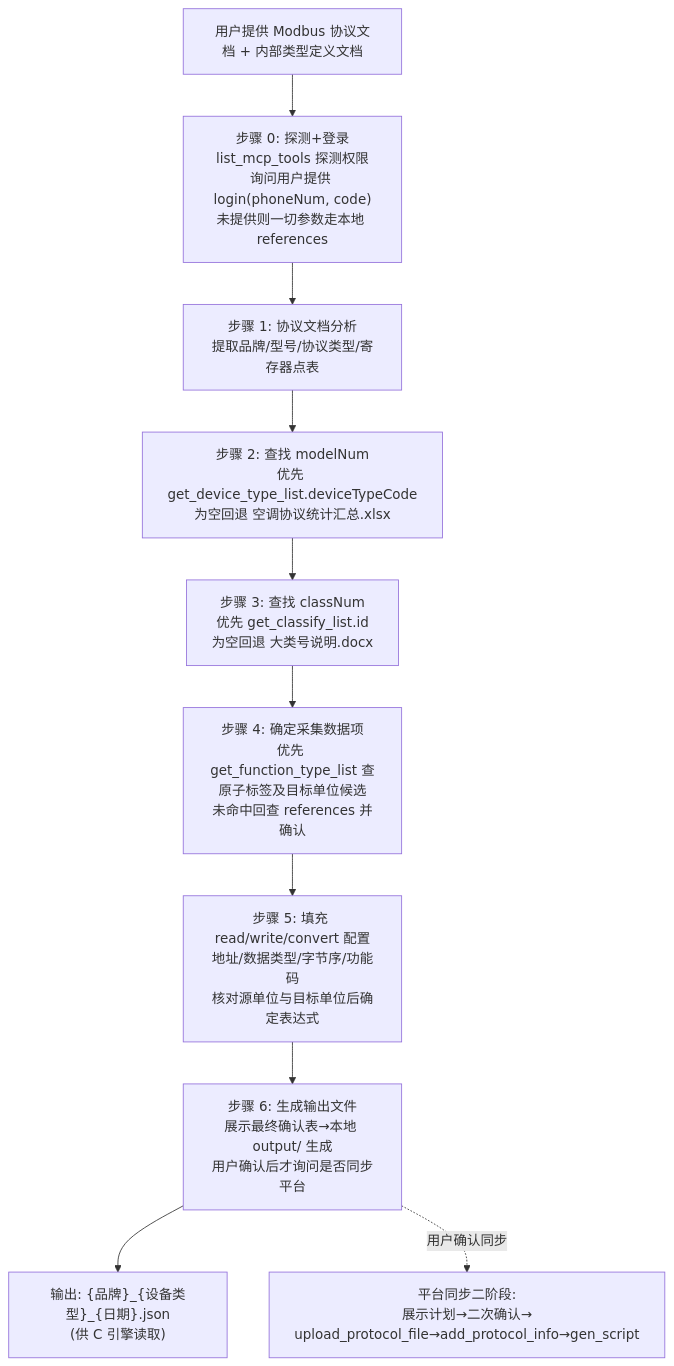
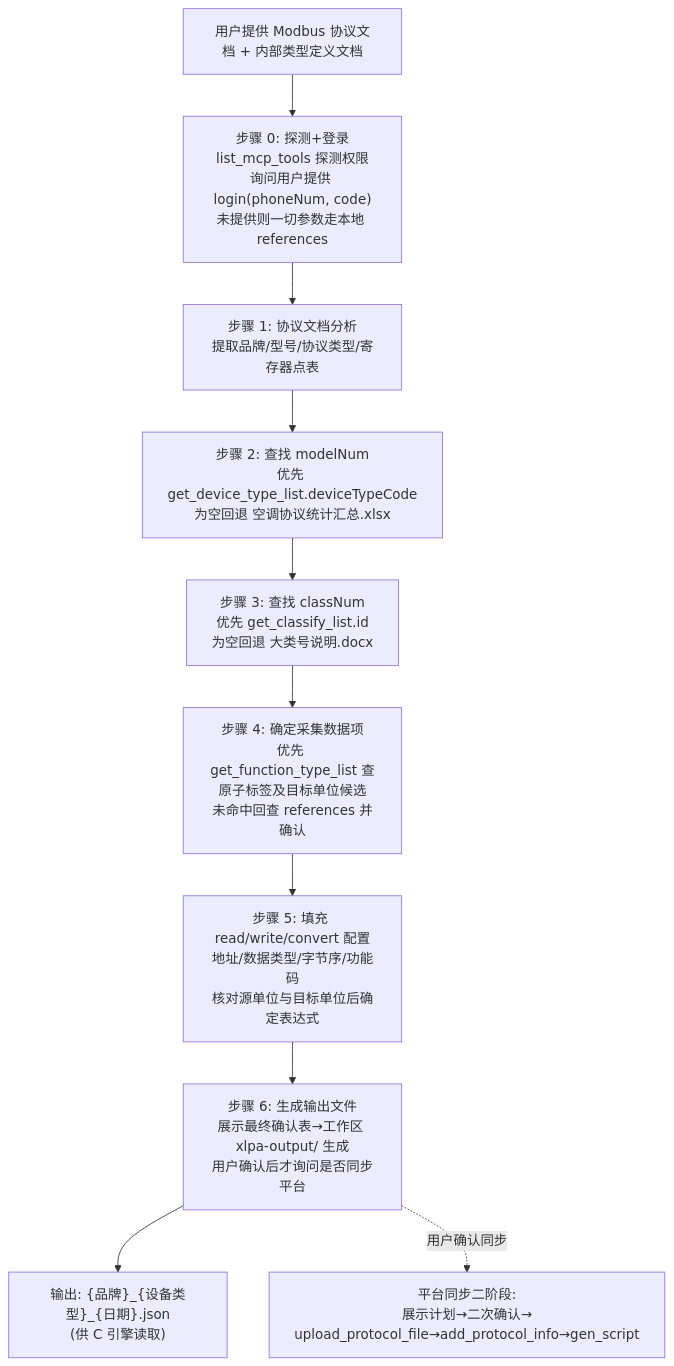
Before and after one commit to rookie-wind/web_ai: the diagram in agent_assets/skills/modbus-conversion/SKILL.md, drawn with Mermaid. The commit also changed other lines of this file and 524 other files, not shown here.

````diff
--- a/agent_assets/skills/modbus-conversion/SKILL.md
+++ b/agent_assets/skills/modbus-conversion/SKILL.md
@@ -127,17 +126,17 @@
 ```mermaid
 flowchart TD
     START["用户提供 Modbus 协议文档 + 内部类型定义文档"]
     S0["步骤 0: 探测+登录\nlist_mcp_tools 探测权限\n询问用户提供 login(phoneNum, code)\n未提供则一切参数走本地 references"]
 
     S1["步骤 1: 协议文档分析\n提取品牌/型号/协议类型/寄存器点表"]
     S2["步骤 2: 查找 modelNum\n优先 get_device_type_list.deviceTypeCode\n为空回退 空调协议统计汇总.xlsx"]
     S3["步骤 3: 查找 classNum\n优先 get_classify_list.id\n为空回退 大类号说明.docx"]
     S4["步骤 4: 确定采集数据项\n优先 get_function_type_list 查原子标签及目标单位候选\n未命中回查 references 并确认"]
     S5["步骤 5: 填充 read/write/convert 配置\n地址/数据类型/字节序/功能码\n核对源单位与目标单位后确定表达式"]
-    S6["步骤 6: 生成输出文件\n展示最终确认表→本地 output/ 生成\n用户确认后才询问是否同步平台"]
+    S6["步骤 6: 生成输出文件\n展示最终确认表→工作区 xlpa-output/ 生成\n用户确认后才询问是否同步平台"]
 
     START --> S0 --> S1 --> S2 --> S3 --> S4 --> S5 --> S6
 
     S6 --> OUT["输出: {品牌}_{设备类型}_{日期}.json\n(供 C 引擎读取)"]
     S6 -. 用户确认同步 .-> SYNC["平台同步二阶段:\n展示计划→二次确认→\nupload_protocol_file→add_protocol_info→gen_script"]
 ```
````
